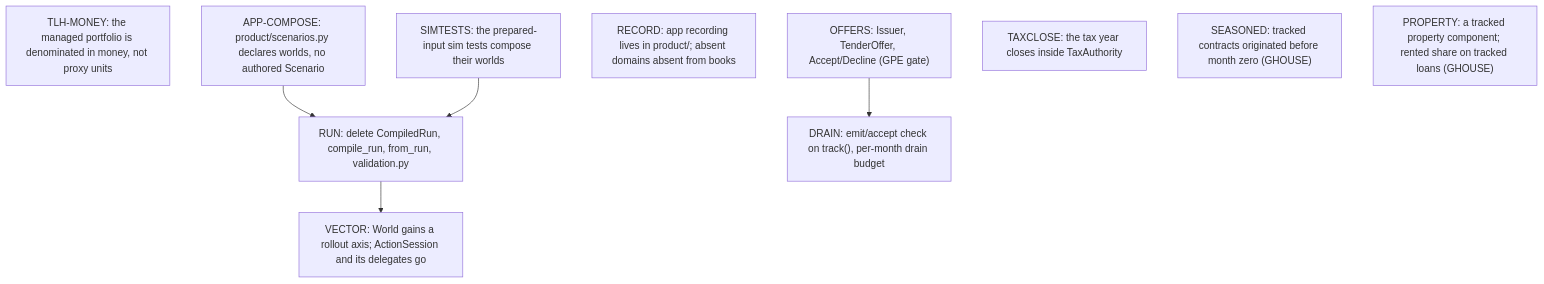
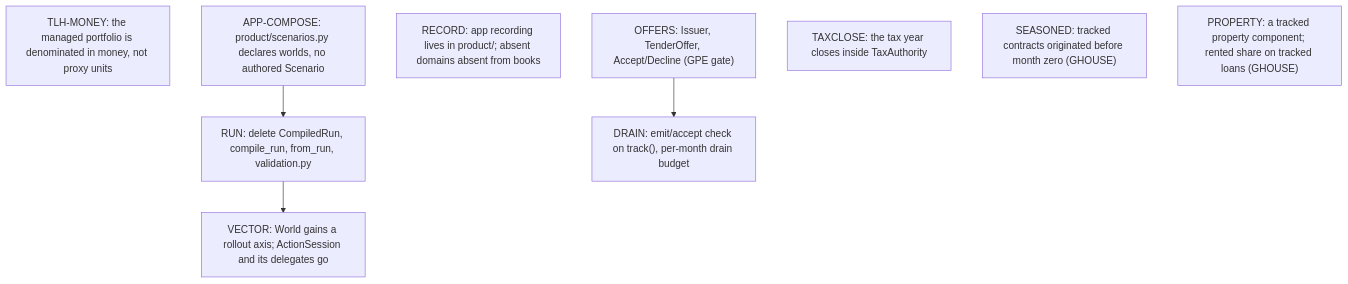
The diagram in finance/augur/plans/library_design_gates.md (agentydragon/ducktape), drawn with Mermaid before and after one commit. The commit also changed other lines of this file and 3 other files, not shown here.

First line of the commit message:
augur: SIMTESTS leaves the plan; RUN names what is left

````diff
--- a/finance/augur/plans/library_design_gates.md
+++ b/finance/augur/plans/library_design_gates.md
@@ -247,18 +253,16 @@
 ```mermaid
 graph TD
     TLH_MONEY["TLH-MONEY: the managed portfolio is denominated in money, not proxy units"]
     APP_COMPOSE["APP-COMPOSE: product/scenarios.py declares worlds, no authored Scenario"]
-    SIMTESTS["SIMTESTS: the prepared-input sim tests compose their worlds"]
     RUN_GONE["RUN: delete CompiledRun, compile_run, from_run, validation.py"]
     RECORD["RECORD: app recording lives in product/; absent domains absent from books"]
     OFFERS["OFFERS: Issuer, TenderOffer, Accept/Decline (GPE gate)"]
     DRAIN["DRAIN: emit/accept check on track(), per-month drain budget"]
     TAXCLOSE["TAXCLOSE: the tax year closes inside TaxAuthority"]
     SEASONED["SEASONED: tracked contracts originated before month zero (GHOUSE)"]
     PROPERTY["PROPERTY: a tracked property component; rented share on tracked loans (GHOUSE)"]
     VECTOR["VECTOR: World gains a rollout axis; ActionSession and its delegates go"]
     APP_COMPOSE --> RUN_GONE
-    SIMTESTS --> RUN_GONE
     OFFERS --> DRAIN
     RUN_GONE --> VECTOR
 ```
````
